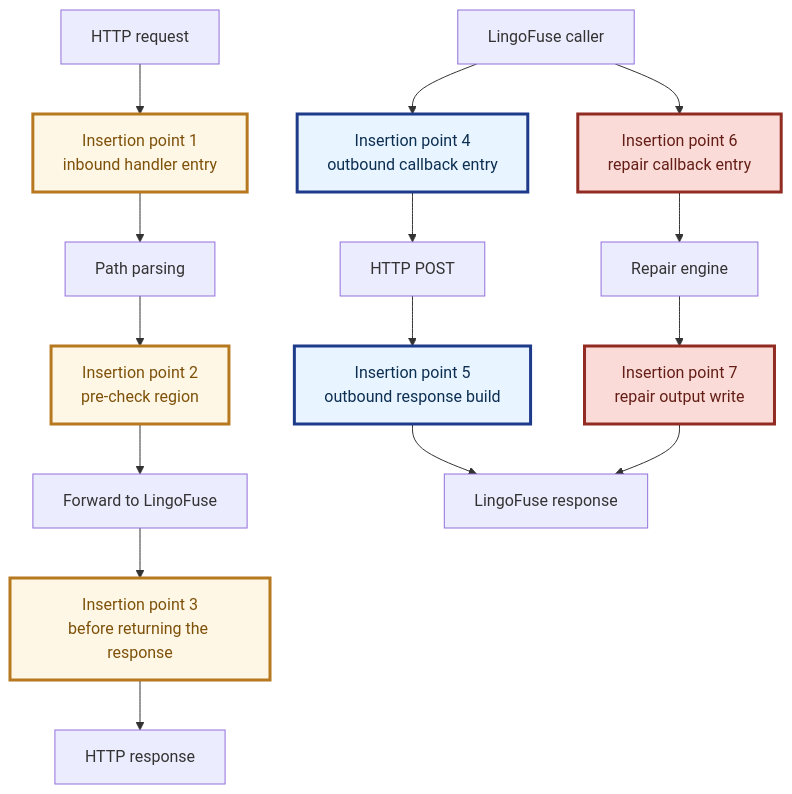
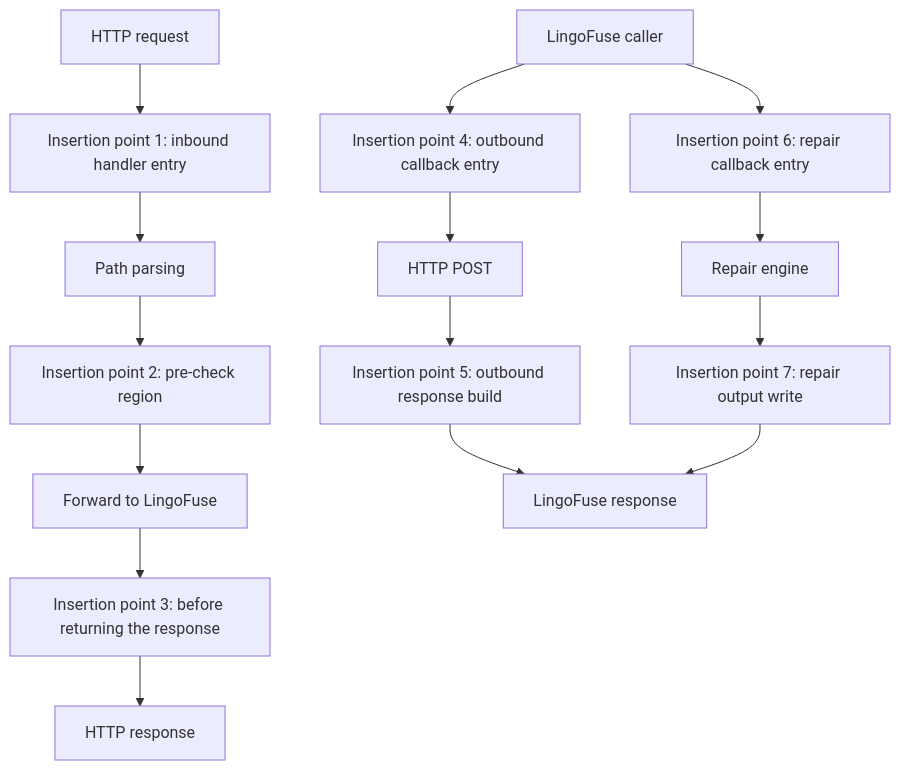
Diagram 20 of 24 in Py/lingofuse/Bridge_User_Guide.md (PassByYou888/LingoFuse), drawn with Mermaid before and after one commit. The commit also changed other lines of this file and 78 other files, not shown here.

````diff
--- a/Py/lingofuse/Bridge_User_Guide.md
+++ b/Py/lingofuse/Bridge_User_Guide.md
@@ -1288,27 +1097,19 @@
 ```mermaid
 flowchart TD
-    A["HTTP request"] --> P1["Insertion point 1<br/>inbound handler entry"]
+    A["HTTP request"] --> P1["Insertion point 1: inbound handler entry"]
     P1 --> B["Path parsing"]
-    B --> P2["Insertion point 2<br/>pre-check region"]
+    B --> P2["Insertion point 2: pre-check region"]
     P2 --> C["Forward to LingoFuse"]
-    C --> P3["Insertion point 3<br/>before returning the response"]
+    C --> P3["Insertion point 3: before returning the response"]
     P3 --> D["HTTP response"]
 
-    LFC["LingoFuse caller"] --> P4["Insertion point 4<br/>outbound callback entry"]
+    LFC["LingoFuse caller"] --> P4["Insertion point 4: outbound callback entry"]
     P4 --> PostReq["HTTP POST"]
-    PostReq --> P5["Insertion point 5<br/>outbound response build"]
+    PostReq --> P5["Insertion point 5: outbound response build"]
     P5 --> LFR["LingoFuse response"]
 
-    LFC --> P6["Insertion point 6<br/>repair callback entry"]
+    LFC --> P6["Insertion point 6: repair callback entry"]
     P6 --> Rep["Repair engine"]
-    Rep --> P7["Insertion point 7<br/>repair output write"]
+    Rep --> P7["Insertion point 7: repair output write"]
     P7 --> LFR
-
-    style P1 fill:#FFF7E6,stroke:#B7791F,stroke-width:3px,color:#7E5109
-    style P2 fill:#FFF7E6,stroke:#B7791F,stroke-width:3px,color:#7E5109
-    style P3 fill:#FFF7E6,stroke:#B7791F,stroke-width:3px,color:#7E5109
-    style P4 fill:#E8F4FF,stroke:#1E3A8A,stroke-width:3px,color:#0D2F52
-    style P5 fill:#E8F4FF,stroke:#1E3A8A,stroke-width:3px,color:#0D2F52
-    style P6 fill:#FADBD8,stroke:#922B21,stroke-width:3px,color:#641E16
-    style P7 fill:#FADBD8,stroke:#922B21,stroke-width:3px,color:#641E16
 ```
````
